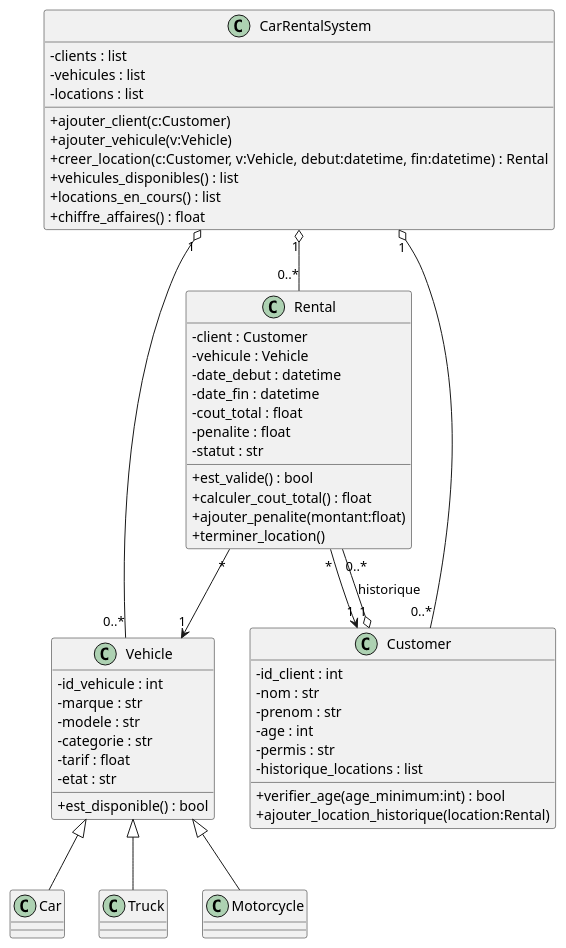
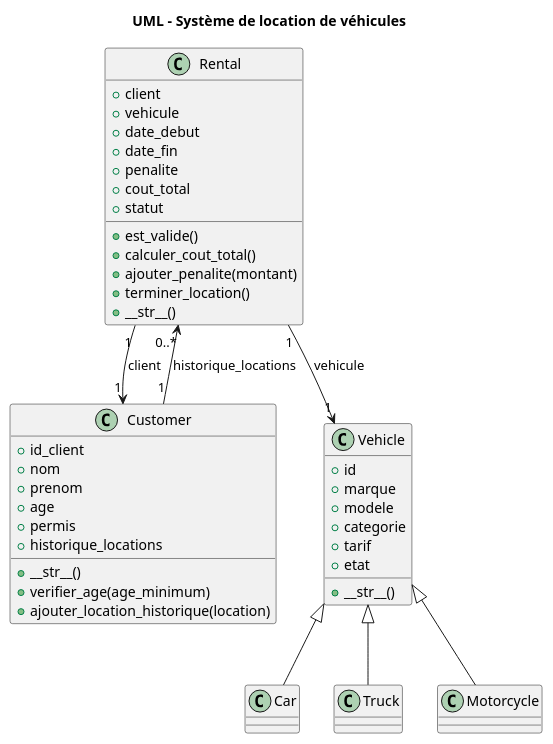
The diagram in uml.puml (Mercure95/IRA3), drawn with PlantUML before and after one commit. The commit also changed 2 other files, not shown here.

Commit message:
add: UML + readme

```diff
--- a/uml.puml
+++ b/uml.puml
@@ -1,67 +3,54 @@
 @startuml
-skinparam classAttributeIconSize 0
+title UML - Système de location de véhicules
 
 class Vehicle {
-  - id_vehicule : int
-  - marque : str
-  - modele : str
-  - categorie : str
-  - tarif : float
-  - etat : str
-  + est_disponible() : bool
+  +id
+  +marque
+  +modele
+  +categorie
+  +tarif
+  +etat
+  +__str__()
 }
 
 class Car
 class Truck
 class Motorcycle
 
 Vehicle <|-- Car
 Vehicle <|-- Truck
 Vehicle <|-- Motorcycle
 
 class Customer {
-  - id_client : int
-  - nom : str
-  - prenom : str
-  - age : int
-  - permis : str
-  - historique_locations : list
-  + verifier_age(age_minimum:int) : bool
-  + ajouter_location_historique(location:Rental)
+  +id_client
+  +nom
+  +prenom
+  +age
+  +permis
+  +historique_locations
+  +__str__()
+  +verifier_age(age_minimum)
+  +ajouter_location_historique(location)
 }
 
 class Rental {
-  - client : Customer
-  - vehicule : Vehicle
-  - date_debut : datetime
-  - date_fin : datetime
-  - cout_total : float
-  - penalite : float
-  - statut : str
-  + est_valide() : bool
-  + calculer_cout_total() : float
-  + ajouter_penalite(montant:float)
-  + terminer_location()
+  +client
+  +vehicule
+  +date_debut
+  +date_fin
+  +penalite
+  +cout_total
+  +statut
+  +est_valide()
+  +calculer_cout_total()
+  +ajouter_penalite(montant)
+  +terminer_location()
+  +__str__()
 }
 
-Customer "1" o-- "0..*" Rental : historique
-Rental "*" --> "1" Customer
-Rental "*" --> "1" Vehicle
-
-class CarRentalSystem {
-  - clients : list
-  - vehicules : list
-  - locations : list
-  + ajouter_client(c:Customer)
-  + ajouter_vehicule(v:Vehicle)
-  + creer_location(c:Customer, v:Vehicle, debut:datetime, fin:datetime) : Rental
-  + vehicules_disponibles() : list
-  + locations_en_cours() : list
-  + chiffre_affaires() : float
-}
-
-CarRentalSystem "1" o-- "0..*" Customer
-CarRentalSystem "1" o-- "0..*" Vehicle
-CarRentalSystem "1" o-- "0..*" Rental
+' Relations principales
+Customer "1" --> "0..*" Rental : historique_locations
+Rental "1" --> "1" Customer : client
+Rental "1" --> "1" Vehicle : vehicule
 
 @enduml
```
